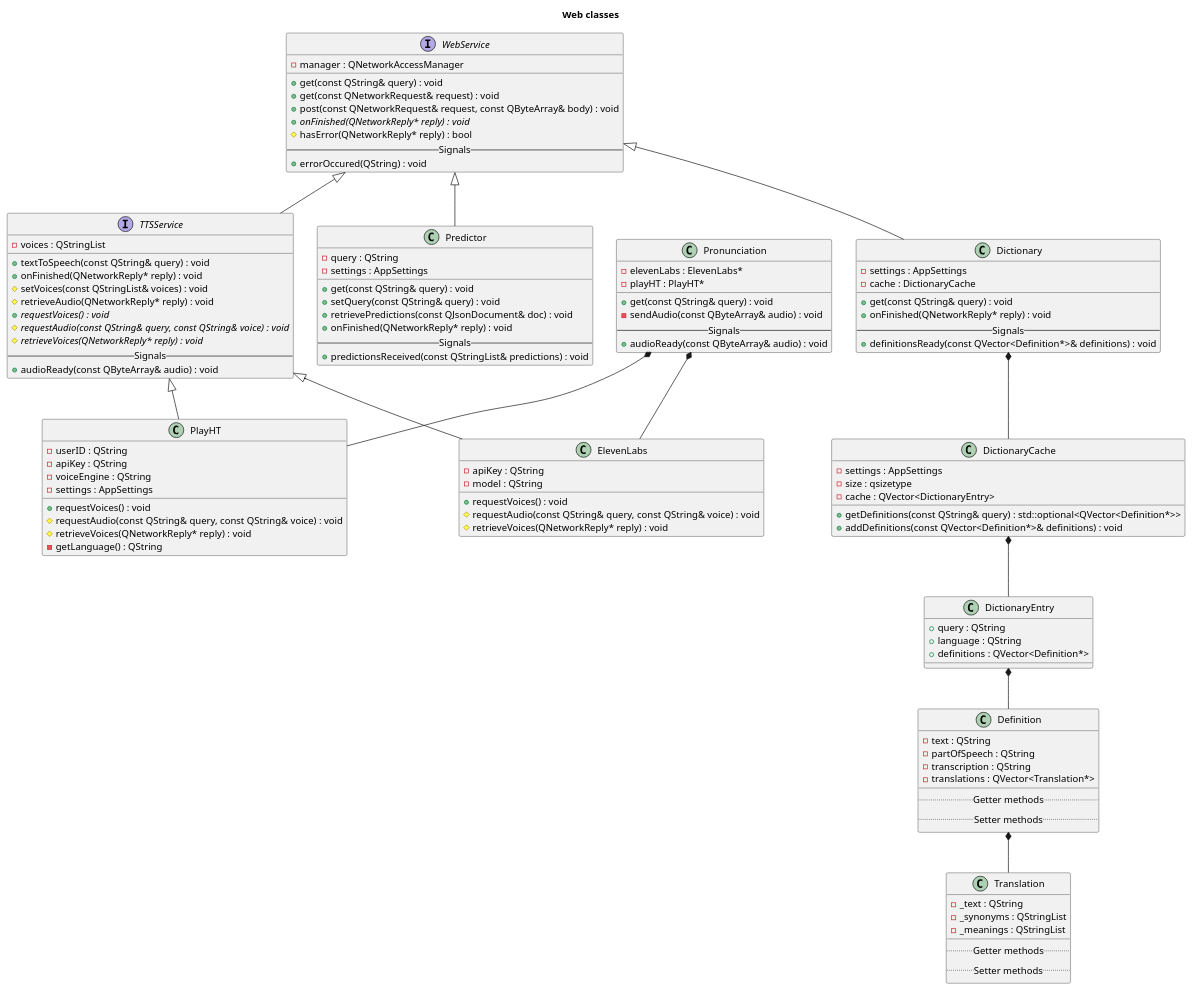
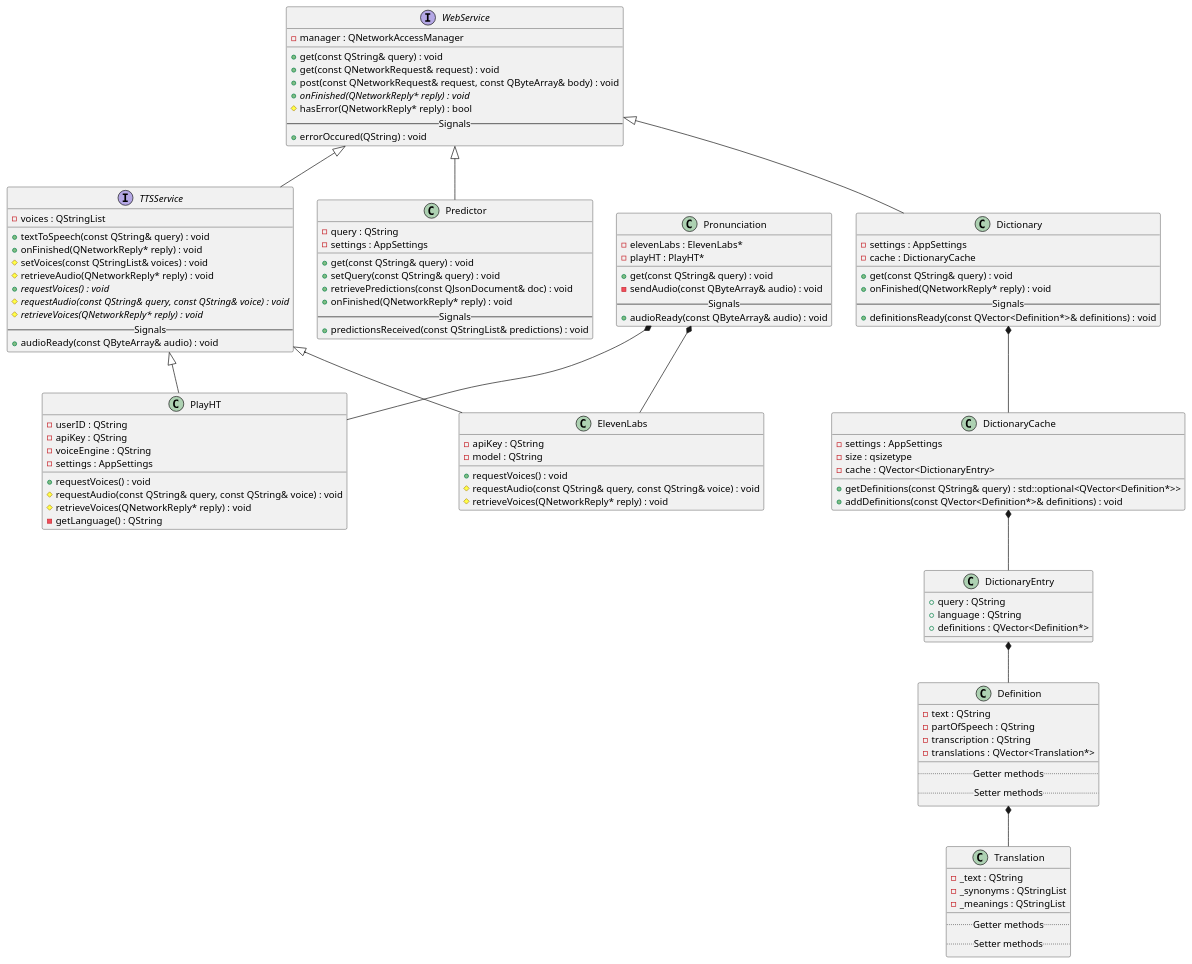
The diagram in docs/uml/web_class.puml (eliaseamus/lexis), drawn with PlantUML before and after one commit. The commit also changed 13 other files, not shown here.

Commit message:
removed titles from uml diagrams

```diff
--- a/docs/uml/web_class.puml
+++ b/docs/uml/web_class.puml
@@ -1,129 +1,127 @@
 @startuml
-
-title Web classes
 
 interface "WebService" as web {
   -manager : QNetworkAccessManager
   __
   +get(const QString& query) : void
   +get(const QNetworkRequest& request) : void
   +post(const QNetworkRequest& request, const QByteArray& body) : void
   +{abstract} onFinished(QNetworkReply* reply) : void
   #hasError(QNetworkReply* reply) : bool
   -- Signals --
   +errorOccured(QString) : void
 }
 
 class "Dictionary" as dict {
   -settings : AppSettings
   -cache : DictionaryCache
   __
   +get(const QString& query) : void
   +onFinished(QNetworkReply* reply) : void
   -- Signals --
   +definitionsReady(const QVector<Definition*>& definitions) : void
 }
 
 class "DictionaryCache" as dictCache {
   -settings : AppSettings
   -size : qsizetype
   -cache : QVector<DictionaryEntry>
   +getDefinitions(const QString& query) : std::optional<QVector<Definition*>>
   +addDefinitions(const QVector<Definition*>& definitions) : void
 }
 
 class "DictionaryEntry" as dictEntry {
   +query : QString
   +language : QString
   +definitions : QVector<Definition*>
 }
 
 class "Definition" as def {
   -text : QString
   -partOfSpeech : QString
   -transcription : QString
   -translations : QVector<Translation*>
   __
   .. Getter methods ..
   .. Setter methods ..
 }
 
 class "Translation" as trans {
   -_text : QString
   -_synonyms : QStringList
   -_meanings : QStringList
   __
   .. Getter methods ..
   .. Setter methods ..
 }
 
 class "Predictor" as predict {
   -query : QString
   -settings : AppSettings
   __
   +get(const QString& query) : void
   +setQuery(const QString& query) : void
   +retrievePredictions(const QJsonDocument& doc) : void
   +onFinished(QNetworkReply* reply) : void
   -- Signals --
   +predictionsReceived(const QStringList& predictions) : void
 }
 
 interface "TTSService" as tts {
   -voices : QStringList
   __
   +textToSpeech(const QString& query) : void
   +onFinished(QNetworkReply* reply) : void
   #setVoices(const QStringList& voices) : void
   #retrieveAudio(QNetworkReply* reply) : void
   +{abstract} requestVoices() : void
   #{abstract} requestAudio(const QString& query, const QString& voice) : void
   #{abstract} retrieveVoices(QNetworkReply* reply) : void
   -- Signals --
   +audioReady(const QByteArray& audio) : void
 }
 
 class "ElevenLabs" as ell {
   -apiKey : QString
   -model : QString
   +requestVoices() : void
   #requestAudio(const QString& query, const QString& voice) : void
   #retrieveVoices(QNetworkReply* reply) : void
 }
 
 class "PlayHT" as pht {
   -userID : QString
   -apiKey : QString
   -voiceEngine : QString
   -settings : AppSettings
   +requestVoices() : void
   #requestAudio(const QString& query, const QString& voice) : void
   #retrieveVoices(QNetworkReply* reply) : void
   -getLanguage() : QString
 }
 
 class "Pronunciation" as pronun {
   -elevenLabs : ElevenLabs*
   -playHT : PlayHT*
   __
   +get(const QString& query) : void
   -sendAudio(const QByteArray& audio) : void
   -- Signals --
   +audioReady(const QByteArray& audio) : void
 }
 
 web <|-- dict
 dict *-- dictCache
 dictCache *-- dictEntry
 dictEntry *-- def
 def *-- trans
 
 web <|-- predict
 
 web <|-- tts
 tts <|-- ell
 tts <|-- pht
 pronun *-- ell
 pronun *-- pht
 
 @enduml
```
